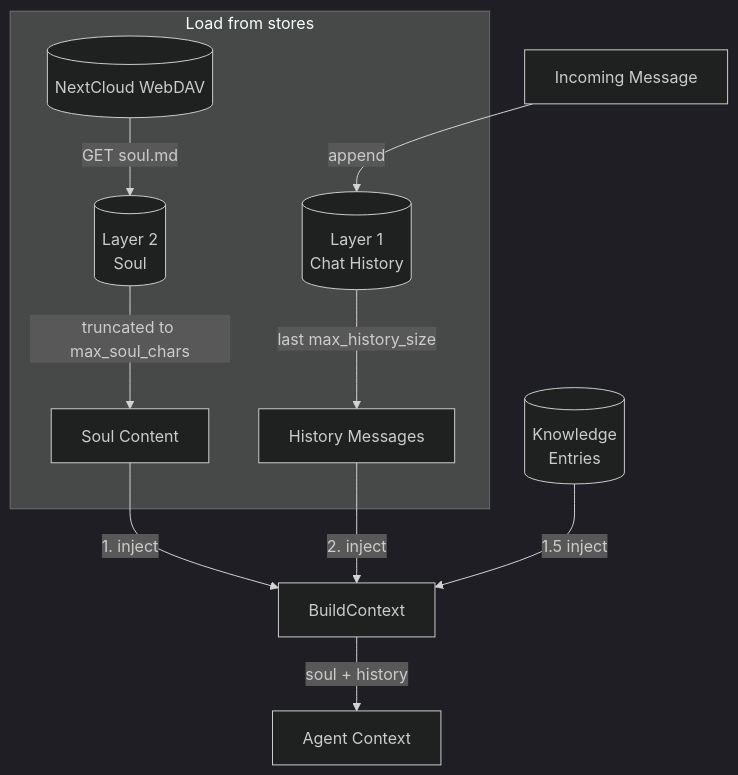
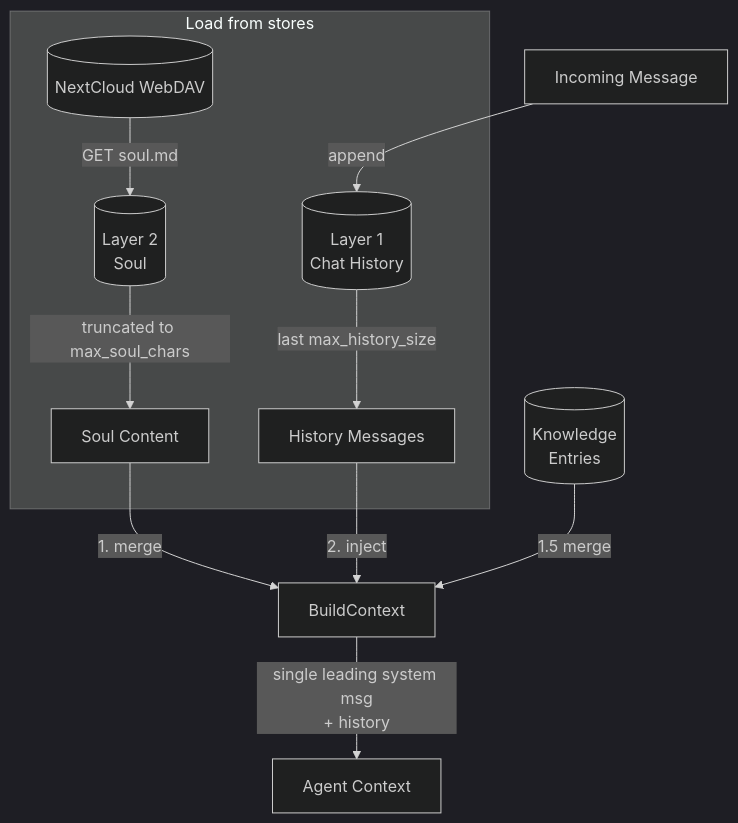
One commit to cosmoswafer/rockbot changed the first of 6 diagrams in _dfd/memory/memory.md. Above: the diagram before and after it, drawn with Mermaid (dark theme). The commit also changed other lines of this file and 6 other files, not shown here.

First line of the commit message:
fix(memory): merge system messages into single leading message for strict chat templates (closes #77)

````diff
--- a/_dfd/memory/memory.md
+++ b/_dfd/memory/memory.md
@@ -52,21 +52,21 @@
 ```mermaid
 flowchart TD
     L2[(Layer 2<br/>Soul)]
     WEBDAV[(NextCloud WebDAV)]
     L1[(Layer 1<br/>Chat History)]
     KNOWLEDGE[(Knowledge<br/>Entries)]
     BUILD[BuildContext]
 
     subgraph "Load from stores"
         L2 -->|"truncated to max_soul_chars"| SOUL_OUT[Soul Content]
         WEBDAV -->|"GET soul.md"| L2
         L1 -->|"last max_history_size"| HIST_OUT[History Messages]
     end
 
-    SOUL_OUT -->|"1. inject"| BUILD
-    KNOWLEDGE -->|"1.5 inject"| BUILD
+    SOUL_OUT -->|"1. merge"| BUILD
+    KNOWLEDGE -->|"1.5 merge"| BUILD
     HIST_OUT -->|"2. inject"| BUILD
-    BUILD -->|"soul + history"| CONTEXT[Agent Context]
+    BUILD -->|"single leading system msg<br/>+ history"| CONTEXT[Agent Context]
 
     MSG[Incoming Message] -->|"append"| L1
 ```
````
